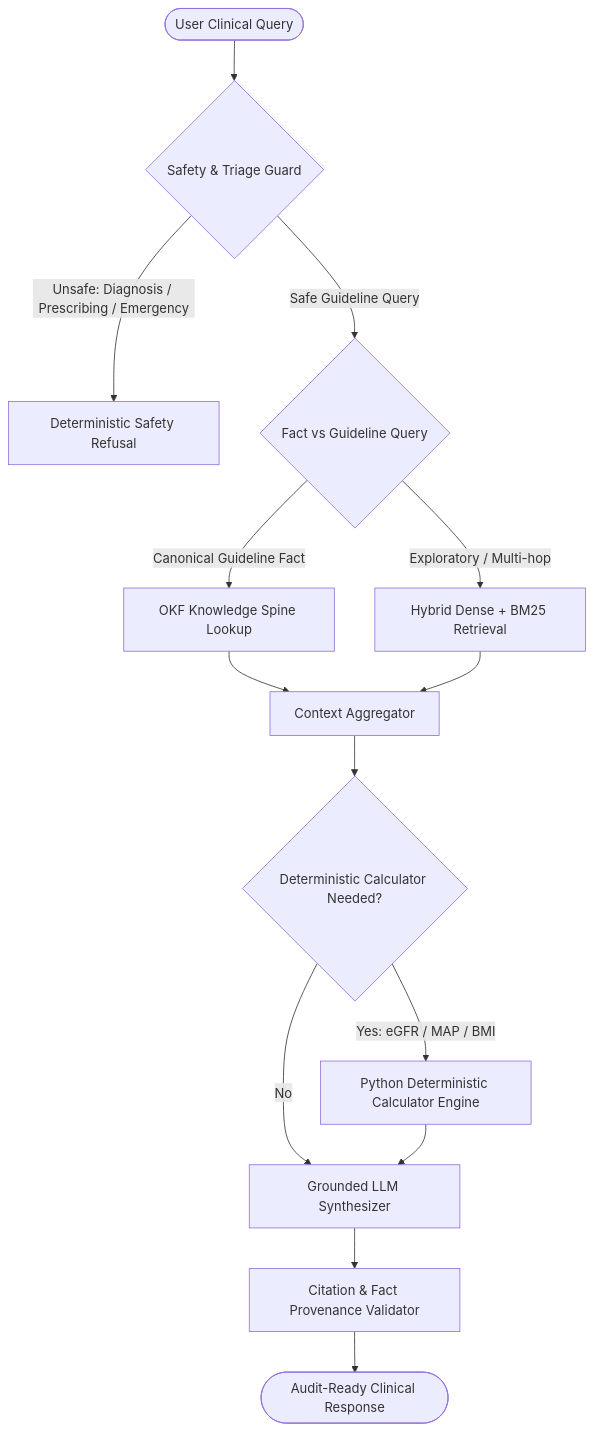
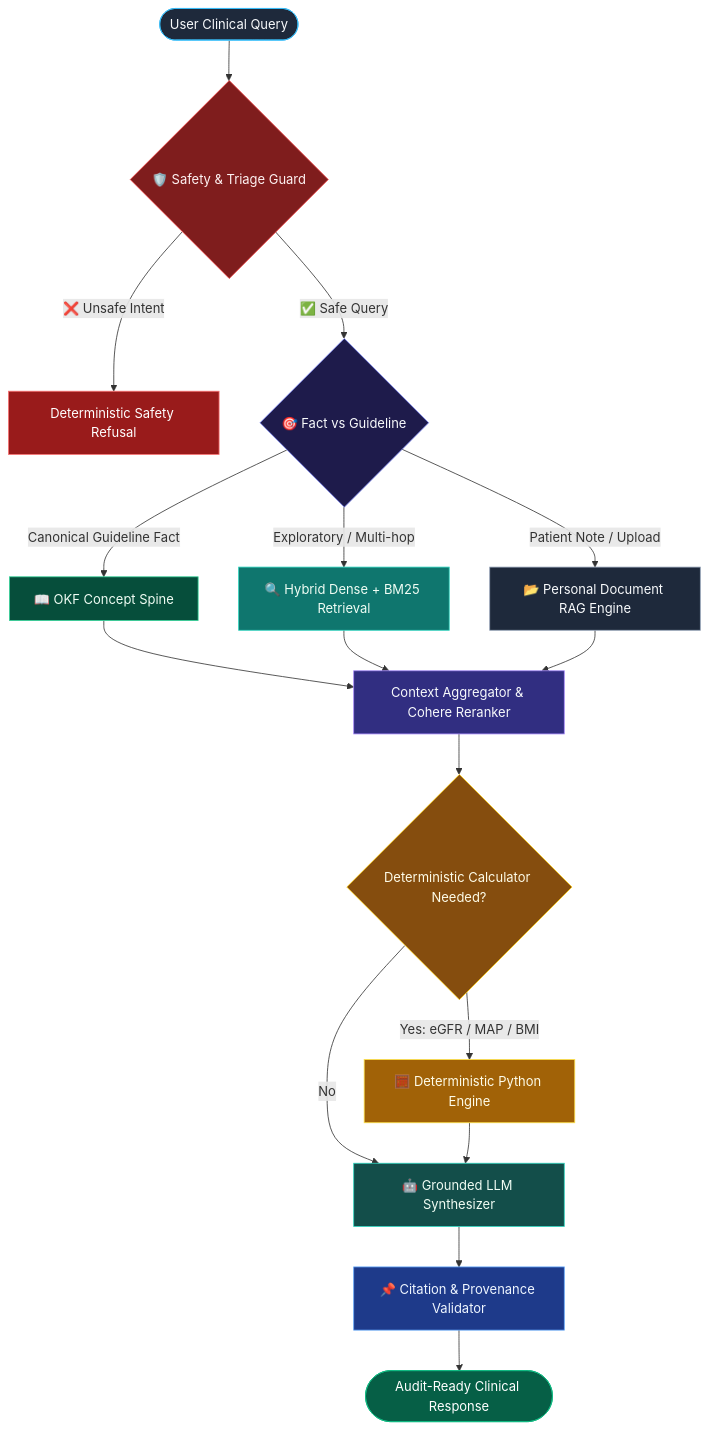
The diagram in README.md (jeevesh2515/clinical-rag-agent), drawn with Mermaid before and after one commit. The commit also changed other lines of this file, not shown here.

Commit message:
feat(docs): move LangGraph safety DAG and Ragas scorecard above the fold

````diff
--- a/README.md
+++ b/README.md
@@ -124,20 +44,37 @@
 ```mermaid
 flowchart TD
-    Start([User Clinical Query]) --> SG{Safety & Triage Guard}
-    SG -->|Unsafe: Diagnosis / Prescribing / Emergency| Refusal[Deterministic Safety Refusal]
-    SG -->|Safe Guideline Query| Router{Fact vs Guideline Query}
+    Start([User Clinical Query]) --> SG{🛡️ Safety & Triage Guard}
     
-    Router -->|Canonical Guideline Fact| OKF[OKF Knowledge Spine Lookup]
-    Router -->|Exploratory / Multi-hop| Hybrid[Hybrid Dense + BM25 Retrieval]
+    SG -->|❌ Unsafe Intent| Refusal[Deterministic Safety Refusal]
+    SG -->|✅ Safe Query| Router{🎯 Fact vs Guideline}
     
-    OKF --> Merge[Context Aggregator]
+    Router -->|Canonical Guideline Fact| OKF[📖 OKF Concept Spine]
+    Router -->|Exploratory / Multi-hop| Hybrid[🔍 Hybrid Dense + BM25 Retrieval]
+    Router -->|Patient Note / Upload| Personal[📂 Personal Document RAG Engine]
+    
+    OKF --> Merge[Context Aggregator & Cohere Reranker]
     Hybrid --> Merge
+    Personal --> Merge
     
     Merge --> Calc{Deterministic Calculator Needed?}
-    Calc -->|Yes: eGFR / MAP / BMI| MathNode[Python Deterministic Calculator Engine]
-    Calc -->|No| Synth[Grounded LLM Synthesizer]
+    Calc -->|Yes: eGFR / MAP / BMI| MathNode[🧮 Deterministic Python Engine]
+    Calc -->|No| Synth[🤖 Grounded LLM Synthesizer]
     MathNode --> Synth
     
-    Synth --> CiteGuard[Citation & Fact Provenance Validator]
+    Synth --> CiteGuard[📌 Citation & Provenance Validator]
     CiteGuard --> Output([Audit-Ready Clinical Response])
+
+    style Start fill:#1E293B,stroke:#38BDF8,color:#F8FAFC
+    style SG fill:#7F1D1D,stroke:#EF4444,color:#FEF2F2
+    style Refusal fill:#991B1B,stroke:#F87171,color:#FFFFFF
+    style Router fill:#1E1B4B,stroke:#818CF8,color:#F8FAFC
+    style OKF fill:#064E3B,stroke:#34D399,color:#F0FDF4
+    style Hybrid fill:#0F766E,stroke:#2DD4BF,color:#F0FDF4
+    style Personal fill:#1E293B,stroke:#94A3B8,color:#F8FAFC
+    style Merge fill:#312E81,stroke:#A78BFA,color:#F8FAFC
+    style Calc fill:#854D0E,stroke:#FACC15,color:#FEFCE8
+    style MathNode fill:#A16207,stroke:#FDE047,color:#FEFCE8
+    style Synth fill:#134E4A,stroke:#2DD4BF,color:#F0FDF4
+    style CiteGuard fill:#1E3A8A,stroke:#60A5FA,color:#EFF6FF
+    style Output fill:#065F46,stroke:#10B981,color:#FFFFFF
 ```
````
